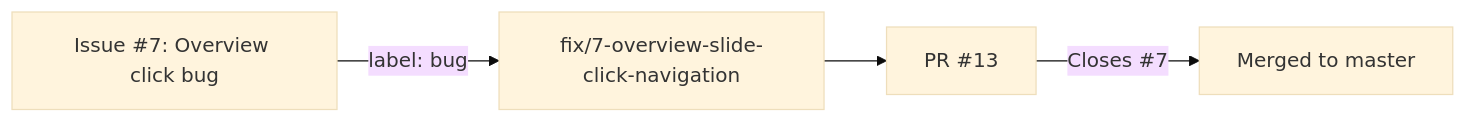
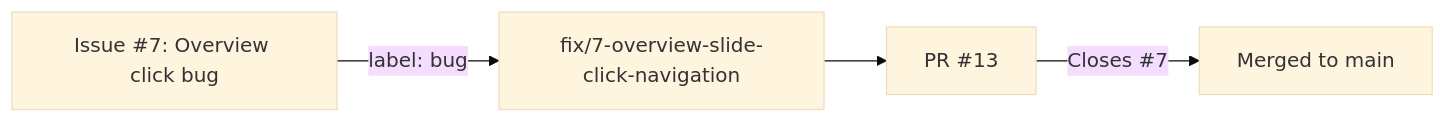
The fifth of 10 diagrams in presentations/agentic-development/slides.md (dulvac/dekk), drawn with Mermaid (base theme) before and after one commit. The commit also changed other lines of this file and 4 other files, not shown here.

First line of the commit message:
chore: rename default branch from master to main

````diff
--- a/presentations/agentic-development/slides.md
+++ b/presentations/agentic-development/slides.md
@@ -339,6 +339,6 @@
 ```mermaid
 flowchart LR
     I["Issue #7: Overview click bug"] -->|"label: bug"| B["fix/7-overview-slide-click-navigation"]
     B --> PR["PR #13"]
-    PR -->|"Closes #7"| M[Merged to master]
+    PR -->|"Closes #7"| M[Merged to main]
 ```
````
